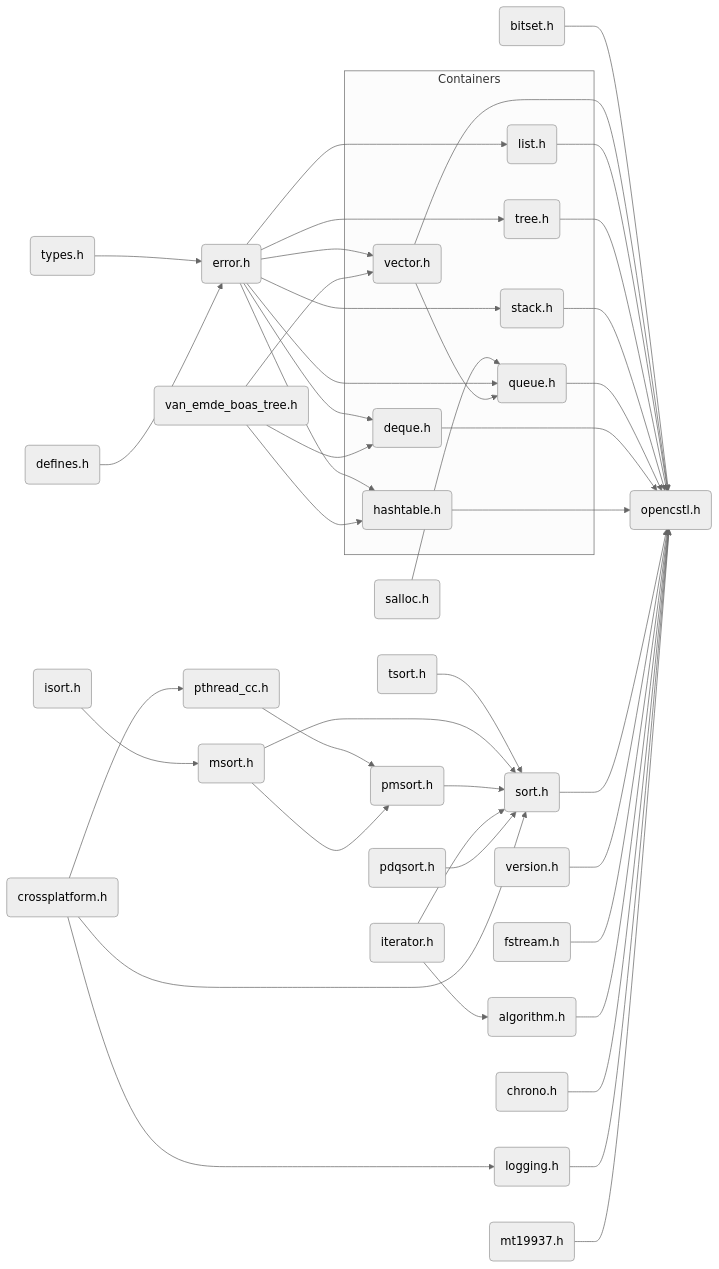
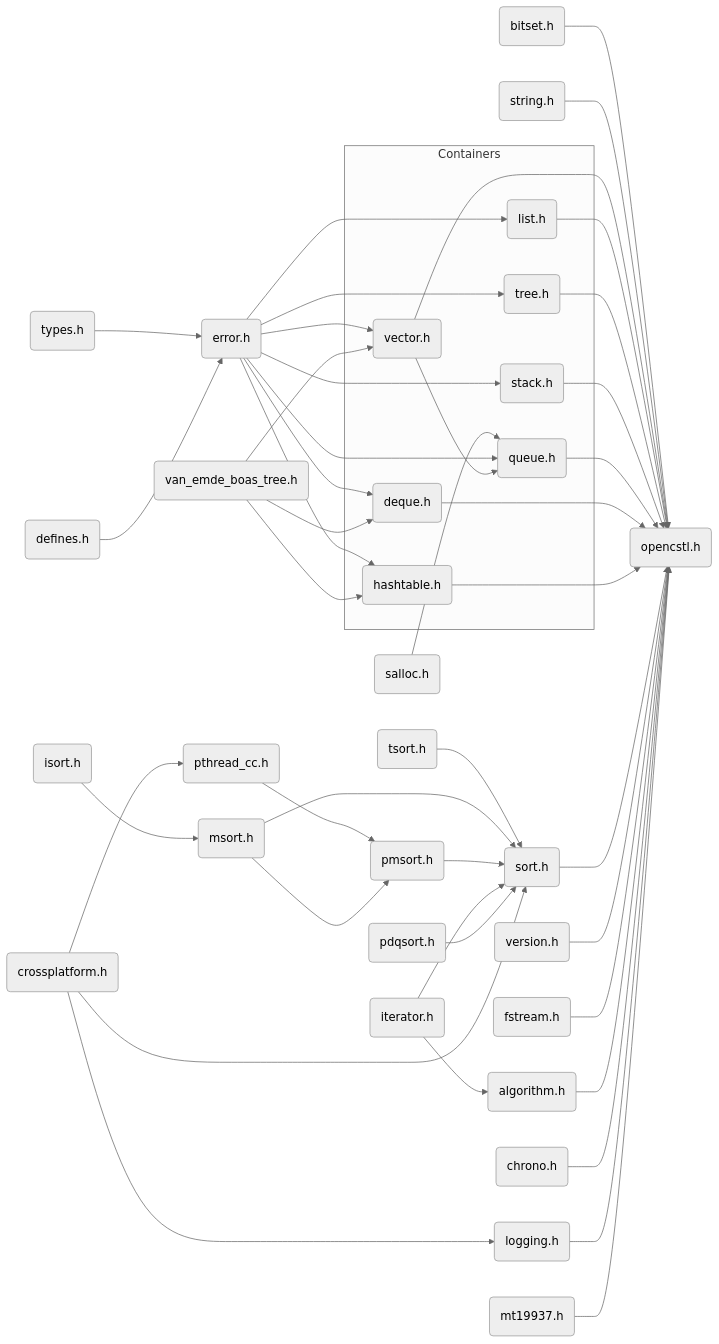
Before and after one commit to springkim/OpenCSTL: the diagram in README.md, drawn with Mermaid (neutral theme). The commit also changed 18 other files, not shown here.

````diff
--- a/README.md
+++ b/README.md
@@ -166,56 +166,57 @@
 ```mermaid
 
   flowchart LR
       T(types.h) --> E(error.h)
       D(defines.h) --> E(error.h)
       C(crossplatform.h) --> L(logging.h)
       C(crossplatform.h) --> PTHREADCC(pthread_cc.h)
       E(error.h) --> V(vector.h)
       E(error.h) --> LST(list.h)
       E(error.h) --> S(stack.h)
       SALLOC(salloc.h) --> Q(queue.h)
       E(error.h) --> Q(queue.h)
       V(vector.h) --> Q(queue.h)
       E(error.h) --> TREE(tree.h)
       E(error.h) --> DQ(deque.h)
       E(error.h) --> H(hashtable.h)
       VEBT(van_emde_boas_tree.h) --> H(hashtable.h)
       VEBT(van_emde_boas_tree.h) --> V(vector.h)
       VEBT(van_emde_boas_tree.h) --> DQ(deque.h)
 
       subgraph CONTAINERS[Containers]
           V(vector.h)
           LST(list.h)
           S(stack.h)
           Q(queue.h)
           TREE(tree.h)
           DQ(deque.h)
           H(hashtable.h)
       end
 
-			B(bitset.h) --> OCSTL(opencstl.h)
+	  B(bitset.h) --> OCSTL(opencstl.h)
+	  STR(string.h) --> OCSTL(opencstl.h)
       V(vector.h) --> OCSTL(opencstl.h)
       LST(list.h) --> OCSTL(opencstl.h)
       TREE(tree.h) --> OCSTL(opencstl.h)
       S(stack.h) --> OCSTL(opencstl.h)
       Q(queue.h) --> OCSTL(opencstl.h)
       DQ(deque.h) --> OCSTL(opencstl.h)
       H(hashtable.h) --> OCSTL(opencstl.h)
       ISORT(isort.h) --> MSORT(msort.h)
       TSORT(tsort.h) --> SORT(sort.h)
       MSORT(msort.h) --> SORT(sort.h)
       PTHREADCC(pthread_cc.h) --> PMSORT(pmsort.h)
       MSORT(msort.h) --> PMSORT(pmsort.h)
       PMSORT(pmsort.h) --> SORT(sort.h)
       ITER(iterator.h) --> SORT(sort.h)
       ITER(iterator.h) --> ALGO(algorithm.h)
       PDQSORT(pdqsort.h) --> SORT(sort.h)
       C(crossplatform.h) --> SORT(sort.h)
       SORT(sort.h) --> OCSTL(opencstl.h)
       VER(version.h) --> OCSTL(opencstl.h)
       FS(fstream.h) --> OCSTL(opencstl.h)
       ALGO(algorithm.h) --> OCSTL(opencstl.h)
       WATCH(chrono.h) --> OCSTL(opencstl.h)
       L(logging.h) --> OCSTL(opencstl.h)
       MT(mt19937.h) --> OCSTL(opencstl.h)
 ```
````
